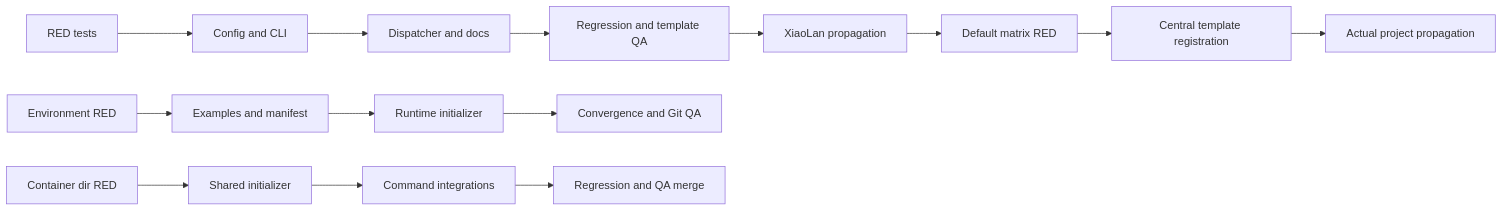
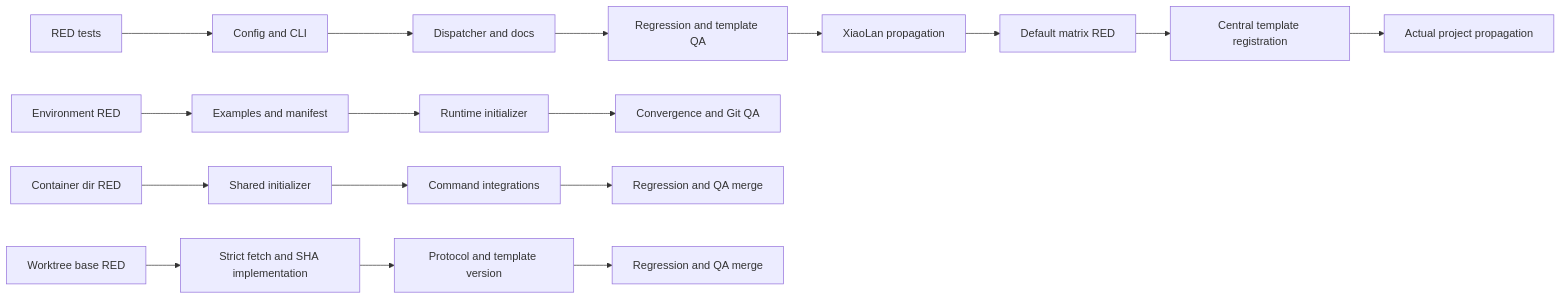
One commit to hollisyao2024/PromptsEngineering changed the diagram in docs/TASK.md. Above: the diagram before and after it, drawn with Mermaid. The commit also changed other lines of this file and 20 other files, not shown here.

Commit message:
chore: auto-commit before /tdd push (docs/prd-strict-worktree-base-synchronization) (#68)

````diff
--- a/docs/TASK.md
+++ b/docs/TASK.md
@@ -32,16 +33,19 @@
 ```mermaid
 flowchart LR
   T1[RED tests] --> T2[Config and CLI]
   T2 --> T3[Dispatcher and docs]
   T3 --> T4[Regression and template QA]
   T4 --> T5[XiaoLan propagation]
   T5 --> T6[Default matrix RED]
   T6 --> T7[Central template registration]
   T7 --> T8[Actual project propagation]
   E1[Environment RED] --> E2[Examples and manifest]
   E2 --> E3[Runtime initializer]
   E3 --> E4[Convergence and Git QA]
   C1[Container dir RED] --> C2[Shared initializer]
   C2 --> C3[Command integrations]
   C3 --> C4[Regression and QA merge]
+  W1[Worktree base RED] --> W2[Strict fetch and SHA implementation]
+  W2 --> W3[Protocol and template version]
+  W3 --> W4[Regression and QA merge]
 ```
````
